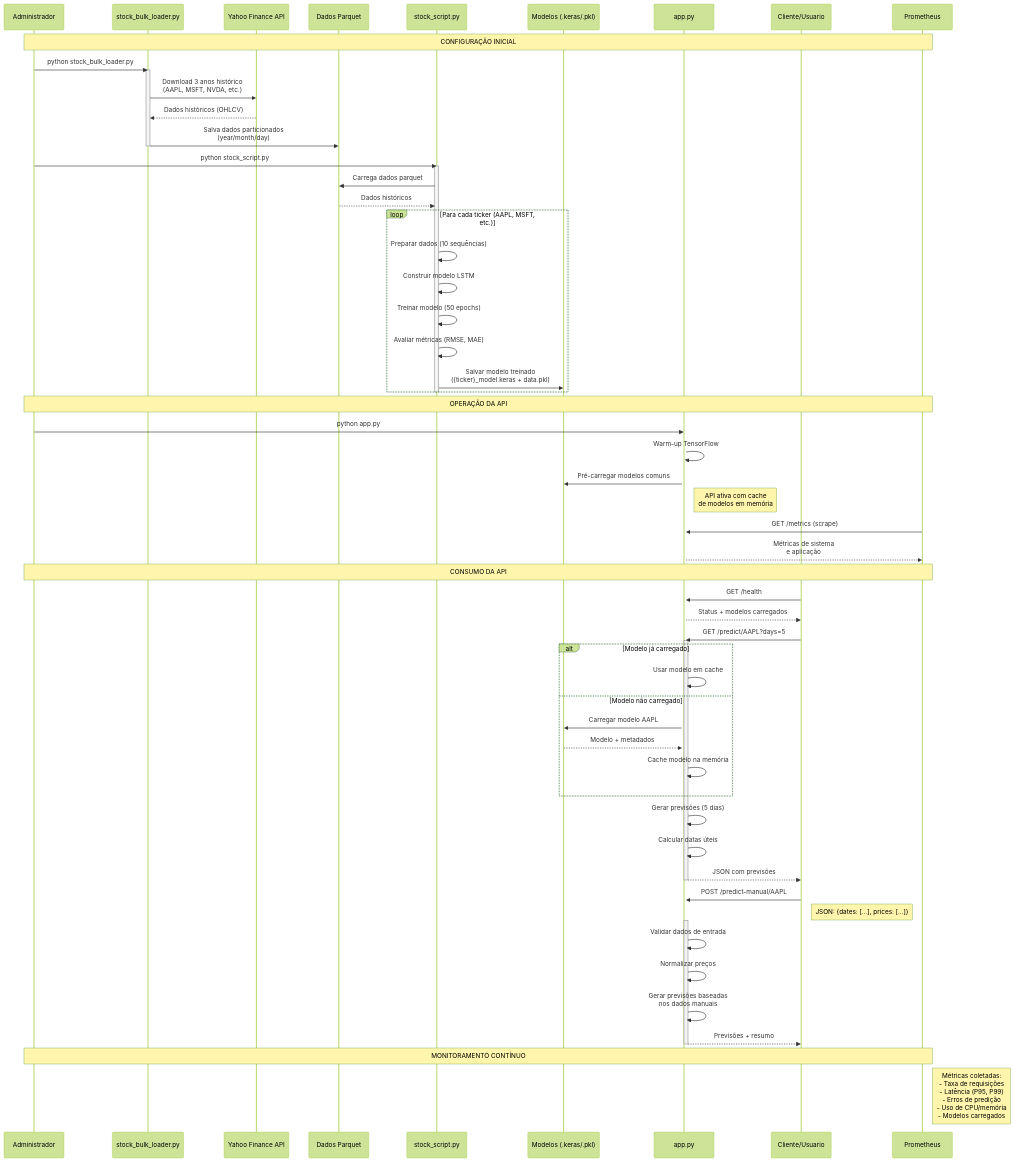
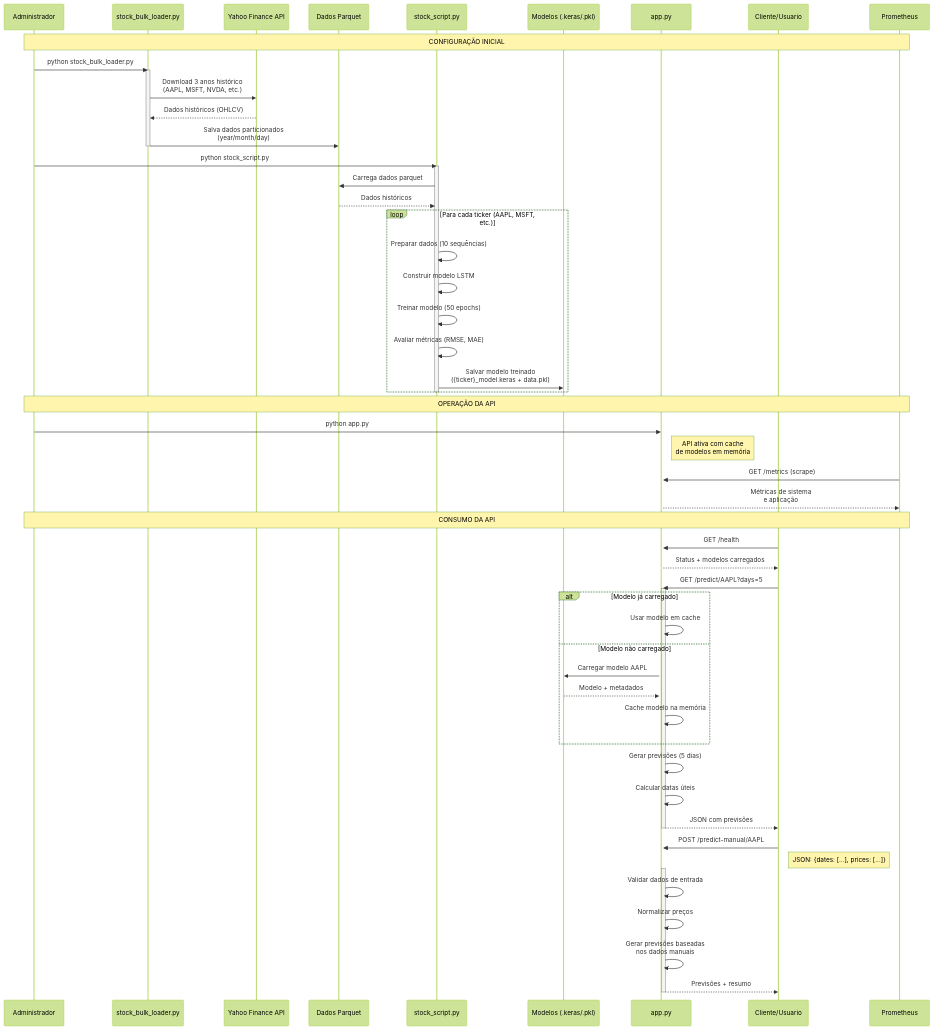
Before and after one commit to marcelopera/techchallenge4: the diagram in README.md, drawn with Mermaid (forest theme).

Commit message:
removendo erros de arquitetura

````diff
--- a/README.md
+++ b/README.md
@@ -34,79 +34,75 @@
 ```mermaid
     sequenceDiagram
         participant Admin as Administrador
         participant Bulk as stock_bulk_loader.py
         participant YF as Yahoo Finance API
         participant Storage as Dados Parquet
         participant Script as stock_script.py
         participant Models as Modelos (.keras/.pkl)
         participant API as app.py
         participant Client as Cliente/Usuario
         participant Prometheus as Prometheus
         
         Note over Admin, Prometheus: CONFIGURAÇÃO INICIAL
         
         Admin->>Bulk: python stock_bulk_loader.py
         activate Bulk
         Bulk->>YF: Download 3 anos histórico<br/>(AAPL, MSFT, NVDA, etc.)
         YF-->>Bulk: Dados históricos (OHLCV)
         Bulk->>Storage: Salva dados particionados<br/>(year/month/day)
         deactivate Bulk
         
         Admin->>Script: python stock_script.py
         activate Script
         Script->>Storage: Carrega dados parquet
         Storage-->>Script: Dados históricos
         
         loop Para cada ticker (AAPL, MSFT, etc.)
             Script->>Script: Preparar dados (10 sequências)
             Script->>Script: Construir modelo LSTM
             Script->>Script: Treinar modelo (50 epochs)
             Script->>Script: Avaliar métricas (RMSE, MAE)
             Script->>Models: Salvar modelo treinado<br/>({ticker}_model.keras + data.pkl)
         end
         deactivate Script
         
         Note over Admin, Prometheus: OPERAÇÃO DA API
         
         Admin->>API: python app.py
         activate API
-        API->>API: Warm-up TensorFlow
-        API->>Models: Pré-carregar modelos comuns
         Note right of API: API ativa com cache<br/>de modelos em memória
         
         Prometheus->>API: GET /metrics (scrape)
         API-->>Prometheus: Métricas de sistema<br/>e aplicação
         
         Note over Admin, Prometheus: CONSUMO DA API
         
         Client->>API: GET /health
         API-->>Client: Status + modelos carregados
         
         Client->>API: GET /predict/AAPL?days=5
         activate API
         
         alt Modelo já carregado
             API->>API: Usar modelo em cache
         else Modelo não carregado
             API->>Models: Carregar modelo AAPL
             Models-->>API: Modelo + metadados
             API->>API: Cache modelo na memória
         end
         
         API->>API: Gerar previsões (5 dias)
         API->>API: Calcular datas úteis
         API-->>Client: JSON com previsões
         deactivate API
         
         Client->>API: POST /predict-manual/AAPL
         Note right of Client: JSON: {dates: [...], prices: [...]}
         activate API
         API->>API: Validar dados de entrada
         API->>API: Normalizar preços
         API->>API: Gerar previsões baseadas<br/>nos dados manuais
         API-->>Client: Previsões + resumo
         deactivate API
         
-        Note over Admin, Prometheus: MONITORAMENTO CONTÍNUO
-        Note right of Prometheus: Métricas coletadas:<br/>- Taxa de requisições<br/>- Latência (P95, P99)<br/>- Erros de predição<br/>- Uso de CPU/memória<br/>- Modelos carregados
 ```
````
